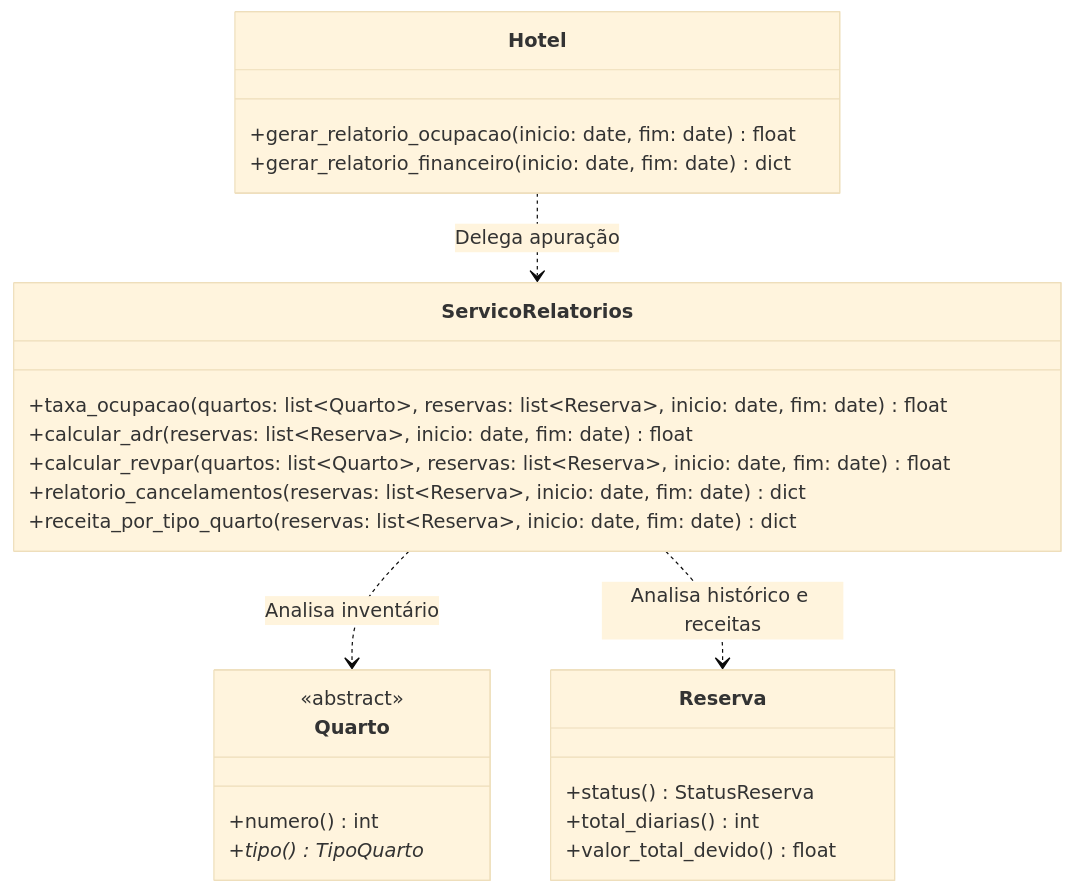
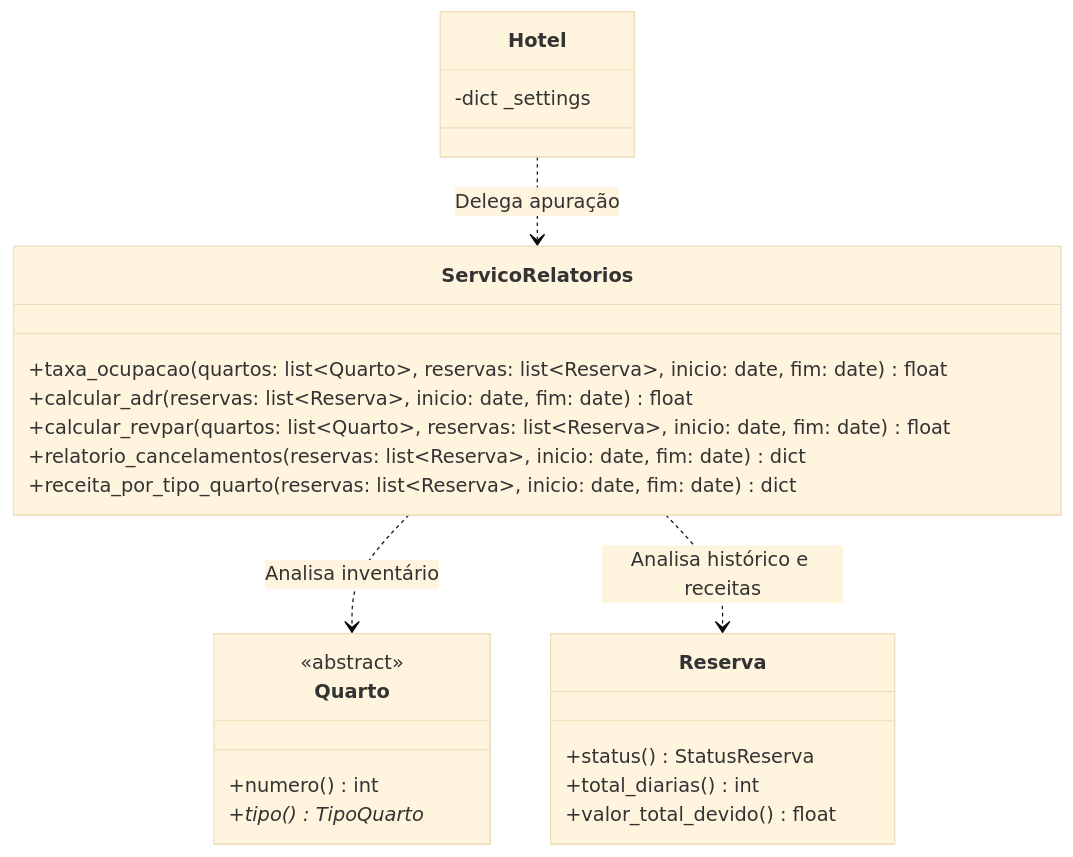
Diagram 20 of 23 in docs/uml_diagram.md (WandersonLobo/Sistema-de-Reserva-de-Hotel), drawn with Mermaid (base theme) before and after one commit. The commit also changed other lines of this file and 1 other file, not shown here.

Commit message:
docs: update UML documentation to reflect class name changes from mixins to concrete classes

````diff
--- a/docs/uml_diagram.md
+++ b/docs/uml_diagram.md
@@ -826,33 +823,32 @@
 ```mermaid
 classDiagram
     %% Definição das Classes
     class ServicoRelatorios {
         +taxa_ocupacao(quartos: list~Quarto~, reservas: list~Reserva~, inicio: date, fim: date) float
         +calcular_adr(reservas: list~Reserva~, inicio: date, fim: date) float
         +calcular_revpar(quartos: list~Quarto~, reservas: list~Reserva~, inicio: date, fim: date) float
         +relatorio_cancelamentos(reservas: list~Reserva~, inicio: date, fim: date) dict
         +receita_por_tipo_quarto(reservas: list~Reserva~, inicio: date, fim: date) dict
     }
 
     class Hotel {
-        +gerar_relatorio_ocupacao(inicio: date, fim: date) float
-        +gerar_relatorio_financeiro(inicio: date, fim: date) dict
+        -dict _settings
     }
 
     class Quarto {
         <<abstract>>
         +numero() int
         +tipo() TipoQuarto*
     }
 
     class Reserva {
         +status() StatusReserva
         +total_diarias() int
         +valor_total_devido() float
     }
 
     %% Relações de Dependência
     Hotel ..> ServicoRelatorios : Delega apuração
     ServicoRelatorios ..> Quarto : Analisa inventário
     ServicoRelatorios ..> Reserva : Analisa histórico e receitas
 ```
````
